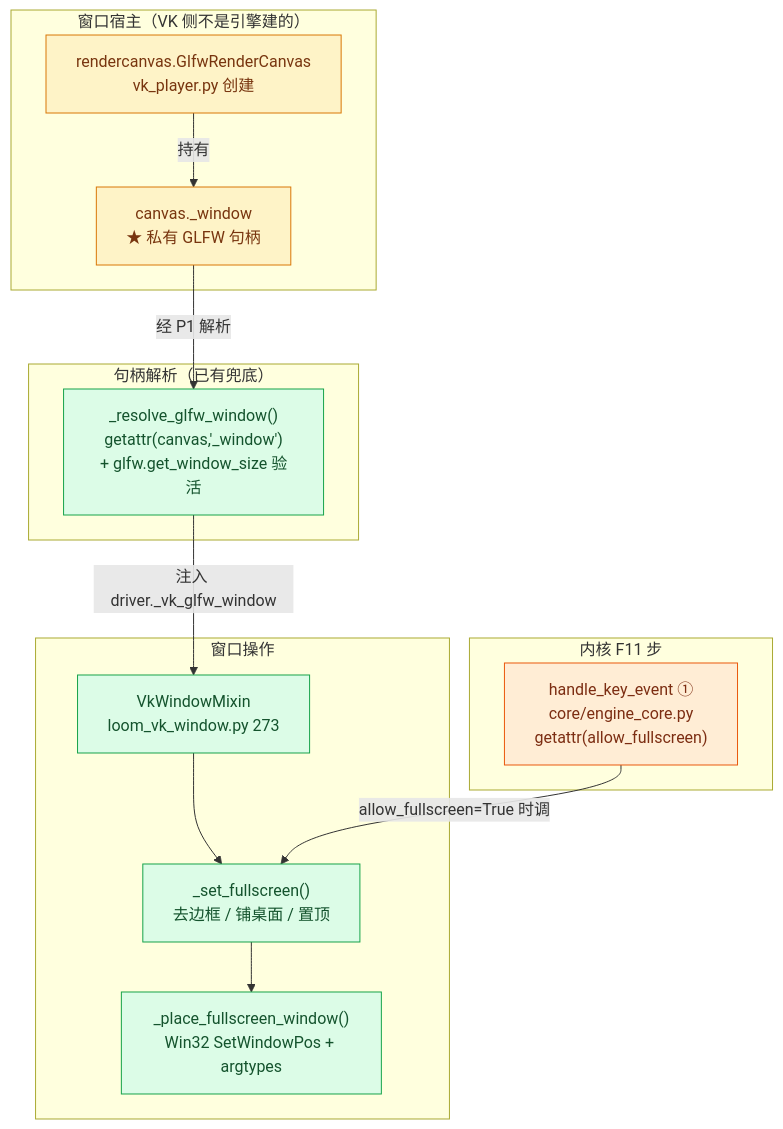
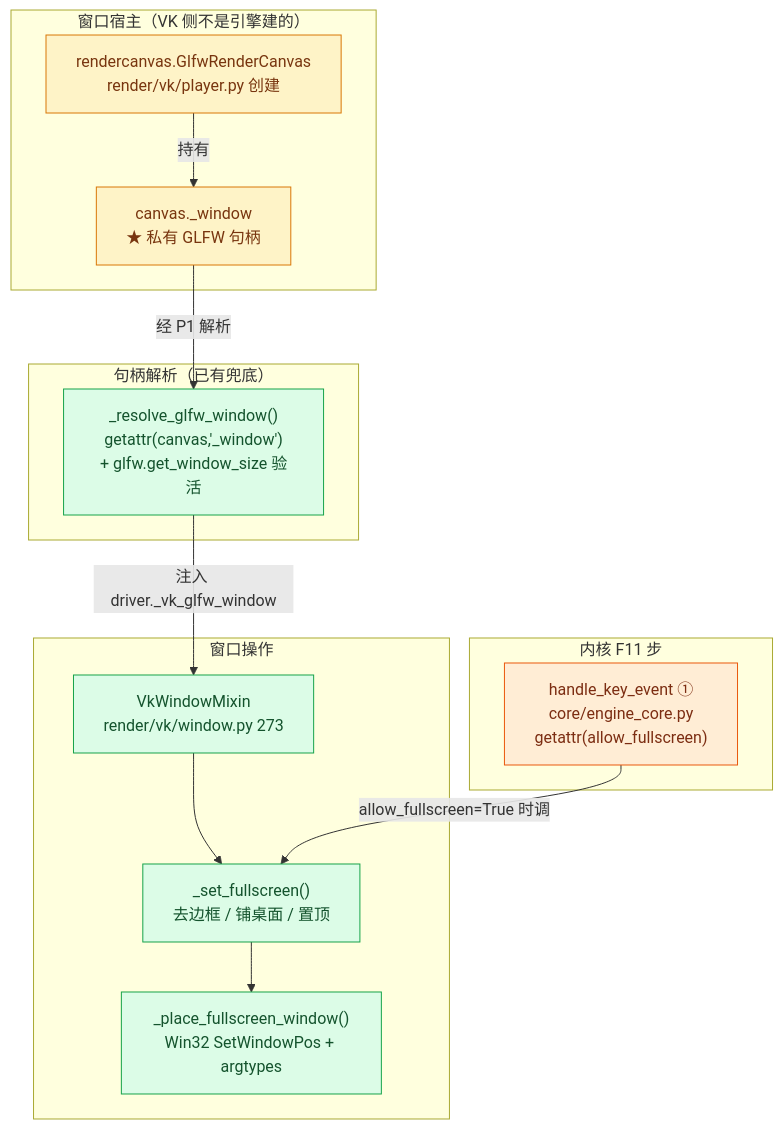
Diagram 21 of 23 in ARCHITECTURE.md (lhy302/WeaveEngine), drawn with Mermaid before and after one commit. The commit also changed other lines of this file and 97 other files, not shown here.

````diff
--- a/ARCHITECTURE.md
+++ b/ARCHITECTURE.md
@@ -1025,27 +1027,27 @@
 ```mermaid
 flowchart TB
   subgraph HOST["窗口宿主（VK 侧不是引擎建的）"]
-    R1["rendercanvas.GlfwRenderCanvas<br/>vk_player.py 创建"]:::external
+    R1["rendercanvas.GlfwRenderCanvas<br/>render/vk/player.py 创建"]:::external
     R2["canvas._window<br/>★ 私有 GLFW 句柄"]:::external
   end
   subgraph RESOLVE["句柄解析（已有兜底）"]
     P1["_resolve_glfw_window()<br/>getattr(canvas,'_window')<br/>+ glfw.get_window_size 验活"]:::impl
   end
   subgraph ACT["窗口操作"]
-    W1["VkWindowMixin<br/>loom_vk_window.py 273"]:::impl
+    W1["VkWindowMixin<br/>render/vk/window.py 273"]:::impl
     W2["_set_fullscreen()<br/>去边框 / 铺桌面 / 置顶"]:::impl
     W3["_place_fullscreen_window()<br/>Win32 SetWindowPos + argtypes"]:::impl
   end
   subgraph KERN["内核 F11 步"]
     K1["handle_key_event ①<br/>core/engine_core.py<br/>getattr(allow_fullscreen)"]:::contract
   end
   R1 -->|持有| R2
   R2 -->|经 P1 解析| P1
   P1 -->|注入 driver._vk_glfw_window| W1
   W1 --> W2
   W2 --> W3
   K1 -->|allow_fullscreen=True 时调| W2
   classDef external fill:#fef3c7,stroke:#d97706,color:#78350f
   classDef impl fill:#dcfce7,stroke:#16a34a,color:#14532d
   classDef contract fill:#ffedd5,stroke:#ea580c,color:#7c2d12
 ```
````
